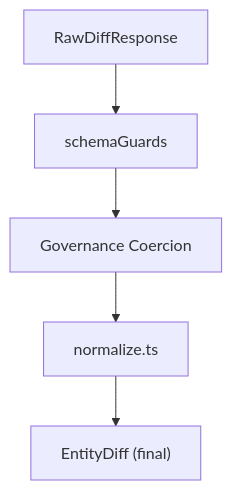
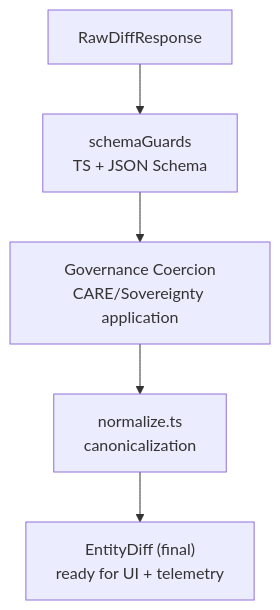
The second of 3 diagrams in web/src/entities/diff-first/model/README.md (bartytime4life/Kansas-Frontier-Matrix), drawn with Mermaid before and after one commit. The commit also changed other lines of this file, not shown here.

````diff
--- a/web/src/entities/diff-first/model/README.md
+++ b/web/src/entities/diff-first/model/README.md
@@ -209,7 +313,7 @@
-```mermaid
+~~~mermaid
 flowchart TD
-    RAW["RawDiffResponse"] --> GUARD["schemaGuards"]
-    GUARD --> GOVPROC["Governance Coercion"]
-    GOVPROC --> NORM["normalize.ts"]
-    NORM --> OUT["EntityDiff (final)"]
-```
+    RAW["RawDiffResponse"] --> GUARD["schemaGuards<br/>TS + JSON Schema"]
+    GUARD --> GOVPROC["Governance Coercion<br/>CARE/Sovereignty application"]
+    GOVPROC --> NORM["normalize.ts<br/>canonicalization"]
+    NORM --> OUT["EntityDiff (final)<br/>ready for UI + telemetry"]
+~~~
````
